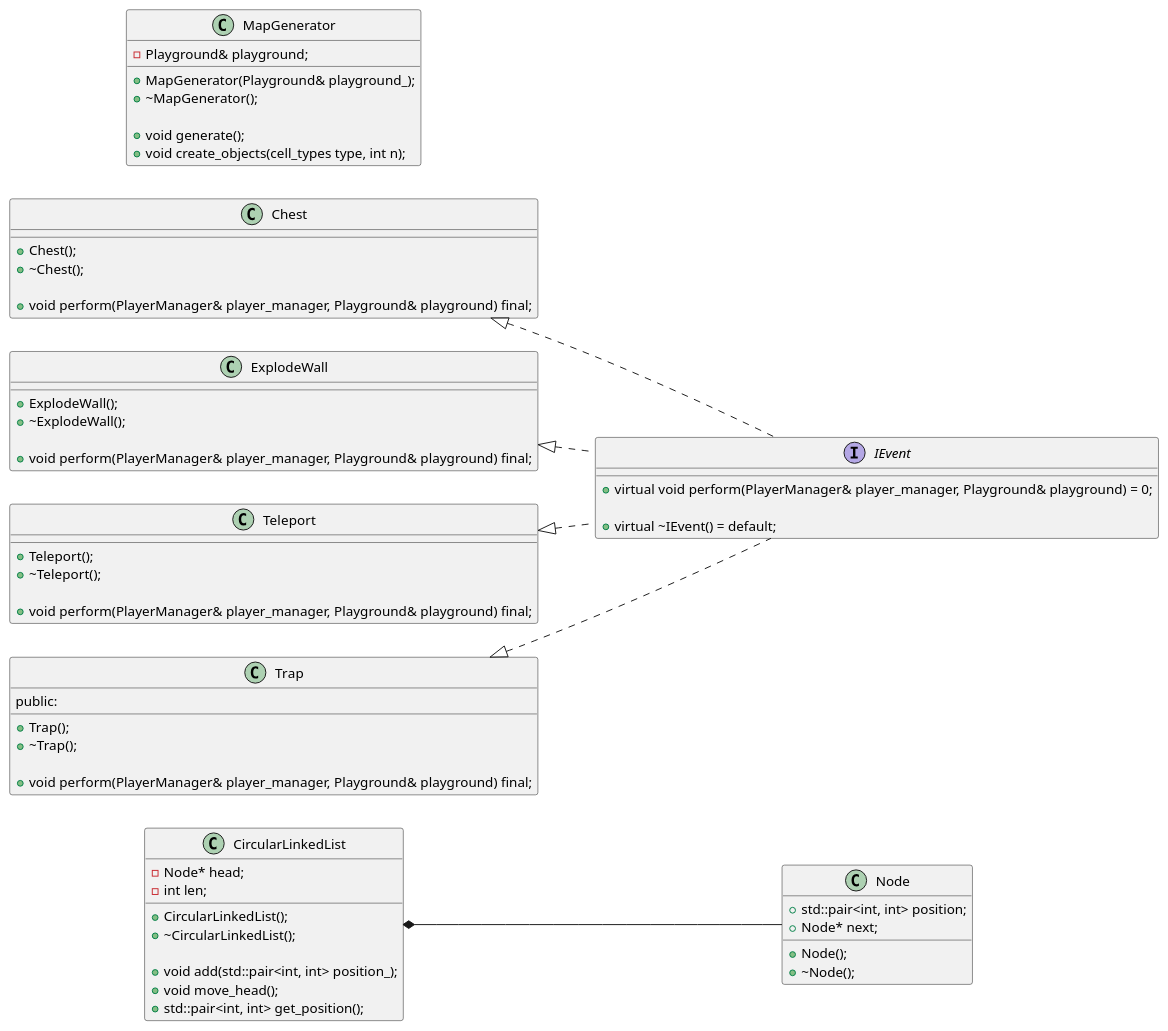
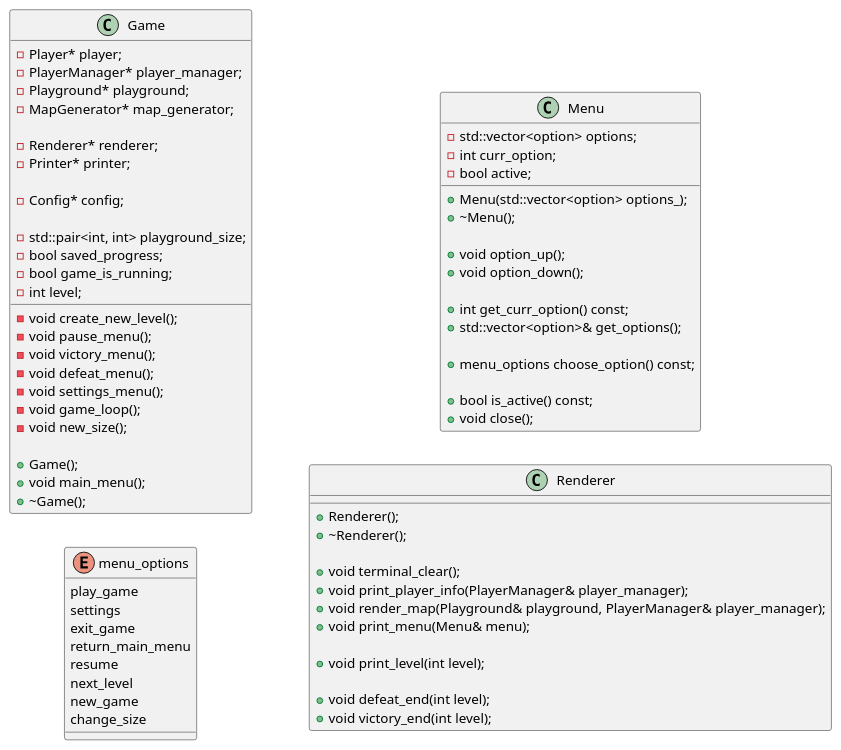
One commit to kirillkarpunin/ultra_gamer_gaming_game changed the diagram in UML.puml. Above: the diagram before and after it, drawn with PlantUML.

```diff
--- a/UML.puml
+++ b/UML.puml
@@ -1,78 +1,85 @@
 @startuml
 'https://plantuml.com/class-diagram
 
 
-class Node {
-    + std::pair<int, int> position;
-    + Node* next;
+class Game {
+    - Player* player;
+    - PlayerManager* player_manager;
+    - Playground* playground;
+    - MapGenerator* map_generator;
 
-    + Node();
-    + ~Node();
+    - Renderer* renderer;
+    - Printer* printer;
+
+    - Config* config;
+
+    - std::pair<int, int> playground_size;
+    - bool saved_progress;
+    - bool game_is_running;
+    - int level;
+
+    -void create_new_level();
+    -void pause_menu();
+    -void victory_menu();
+    -void defeat_menu();
+    -void settings_menu();
+    -void game_loop();
+    -void new_size();
+
+    + Game();
+    + void main_menu();
+    +~Game();
 }
 
-class CircularLinkedList {
-    - Node* head;
-    - int len;
 
-    + CircularLinkedList();
-    + ~CircularLinkedList();
+enum menu_options{
+ play_game
+ settings
+ exit_game
+ return_main_menu
+ resume
+ next_level
+ new_game
+ change_size
+ }
 
-    + void add(std::pair<int, int> position_);
-    + void move_head();
-    + std::pair<int, int> get_position();
-}
+ class Menu {
+     -std::vector<option> options;
+     -int curr_option;
+     -bool active;
 
-class Chest {
-    + Chest();
-    + ~Chest();
+     +Menu(std::vector<option> options_);
+     +~Menu();
 
-    + void perform(PlayerManager& player_manager, Playground& playground) final;
-}
+     +void option_up();
+     +void option_down();
 
-class ExplodeWall {
-    + ExplodeWall();
-    + ~ExplodeWall();
+     +int get_curr_option() const;
+     +std::vector<option>& get_options();
 
-    + void perform(PlayerManager& player_manager, Playground& playground) final;
-}
+     +menu_options choose_option() const;
 
-class Teleport {
-    + Teleport();
-    + ~Teleport();
+     +bool is_active() const;
+     +void close();
 
-    + void perform(PlayerManager& player_manager, Playground& playground) final;
-}
+ }
 
-class Trap {
-public:
-    + Trap();
-    + ~Trap();
+ class Renderer {
 
-    + void perform(PlayerManager& player_manager, Playground& playground) final;
-}
+     +Renderer();
+     +~Renderer();
 
-interface IEvent {
-    + virtual void perform(PlayerManager& player_manager, Playground& playground) = 0;
+     +void terminal_clear();
+     +void print_player_info(PlayerManager& player_manager);
+     +void render_map(Playground& playground, PlayerManager& player_manager);
+     +void print_menu(Menu& menu);
 
-    + virtual ~IEvent() = default;
-}
+     +void print_level(int level);
 
-Trap <|.. IEvent
-Teleport <|.. IEvent
-Chest <|.. IEvent
-ExplodeWall <|.. IEvent
-CircularLinkedList *-- Node
-
-class MapGenerator {
-    - Playground& playground;
-
-    + MapGenerator(Playground& playground_);
-    + ~MapGenerator();
-
-    + void generate();
-    + void create_objects(cell_types type, int n);
-}
+     +void defeat_end(int level);
+     +void victory_end(int level);
+ }
 
 left to right direction
 
 @enduml
```
